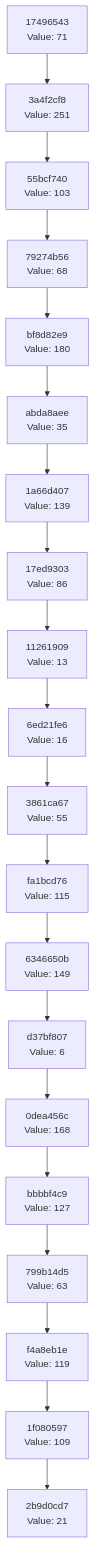
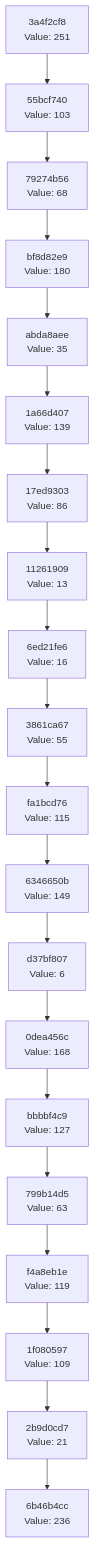
One commit to Abhisheksinha1506/hash-chain-evolver changed the diagram in docs/CHAIN_VISUALIZATION.md. Above: the diagram before and after it, drawn with Mermaid. The commit also changed 3 other files, not shown here.

````diff
--- a/docs/CHAIN_VISUALIZATION.md
+++ b/docs/CHAIN_VISUALIZATION.md
@@ -3,42 +3,42 @@
 ```mermaid
 graph TD
-    C0["2b9d0cd7<br/>Value: 21"]
-    C1["1f080597<br/>Value: 109"]
+    C0["6b46b4cc<br/>Value: 236"]
+    C1["2b9d0cd7<br/>Value: 21"]
     C1 --> C0
-    C2["f4a8eb1e<br/>Value: 119"]
+    C2["1f080597<br/>Value: 109"]
     C2 --> C1
-    C3["799b14d5<br/>Value: 63"]
+    C3["f4a8eb1e<br/>Value: 119"]
     C3 --> C2
-    C4["bbbbf4c9<br/>Value: 127"]
+    C4["799b14d5<br/>Value: 63"]
     C4 --> C3
-    C5["0dea456c<br/>Value: 168"]
+    C5["bbbbf4c9<br/>Value: 127"]
     C5 --> C4
-    C6["d37bf807<br/>Value: 6"]
+    C6["0dea456c<br/>Value: 168"]
     C6 --> C5
-    C7["6346650b<br/>Value: 149"]
+    C7["d37bf807<br/>Value: 6"]
     C7 --> C6
-    C8["fa1bcd76<br/>Value: 115"]
+    C8["6346650b<br/>Value: 149"]
     C8 --> C7
-    C9["3861ca67<br/>Value: 55"]
+    C9["fa1bcd76<br/>Value: 115"]
     C9 --> C8
-    C10["6ed21fe6<br/>Value: 16"]
+    C10["3861ca67<br/>Value: 55"]
     C10 --> C9
-    C11["11261909<br/>Value: 13"]
+    C11["6ed21fe6<br/>Value: 16"]
     C11 --> C10
-    C12["17ed9303<br/>Value: 86"]
+    C12["11261909<br/>Value: 13"]
     C12 --> C11
-    C13["1a66d407<br/>Value: 139"]
+    C13["17ed9303<br/>Value: 86"]
     C13 --> C12
-    C14["abda8aee<br/>Value: 35"]
+    C14["1a66d407<br/>Value: 139"]
     C14 --> C13
-    C15["bf8d82e9<br/>Value: 180"]
+    C15["abda8aee<br/>Value: 35"]
     C15 --> C14
-    C16["79274b56<br/>Value: 68"]
+    C16["bf8d82e9<br/>Value: 180"]
     C16 --> C15
-    C17["55bcf740<br/>Value: 103"]
+    C17["79274b56<br/>Value: 68"]
     C17 --> C16
-    C18["3a4f2cf8<br/>Value: 251"]
+    C18["55bcf740<br/>Value: 103"]
     C18 --> C17
-    C19["17496543<br/>Value: 71"]
+    C19["3a4f2cf8<br/>Value: 251"]
     C19 --> C18
 ```
````
